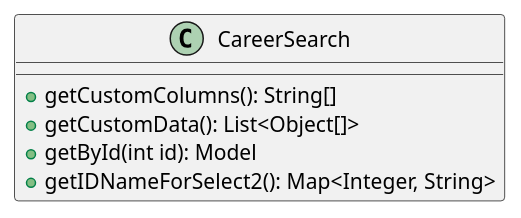
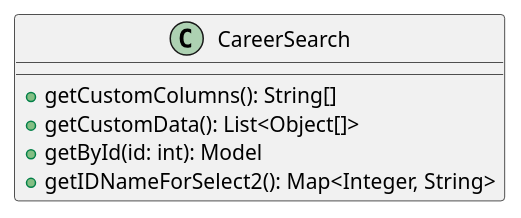
The diagram in src/uml/career/CareerSearch.puml (GiulianoPoeta99/tpi-gestor-academico), drawn with PlantUML before and after one commit. The commit also changed 10 other files, not shown here.

Commit message:
se corrigio nomenclatura de uml

```diff
--- a/src/uml/career/CareerSearch.puml
+++ b/src/uml/career/CareerSearch.puml
@@ -1,10 +1,10 @@
 @startuml
 
 class CareerSearch {
     + getCustomColumns(): String[]
     + getCustomData(): List<Object[]>
-    + getById(int id): Model
+    + getById(id: int): Model
     + getIDNameForSelect2(): Map<Integer, String>
 }
 
 @enduml
```
